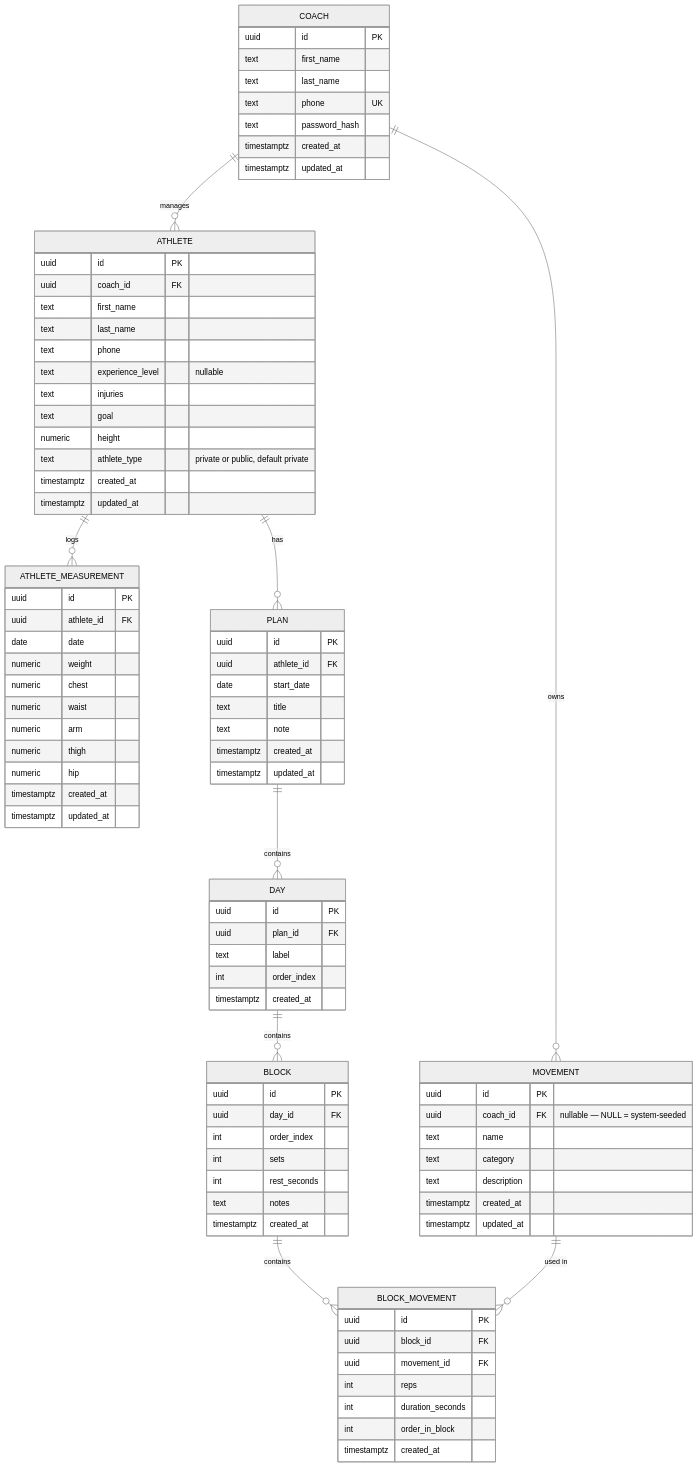
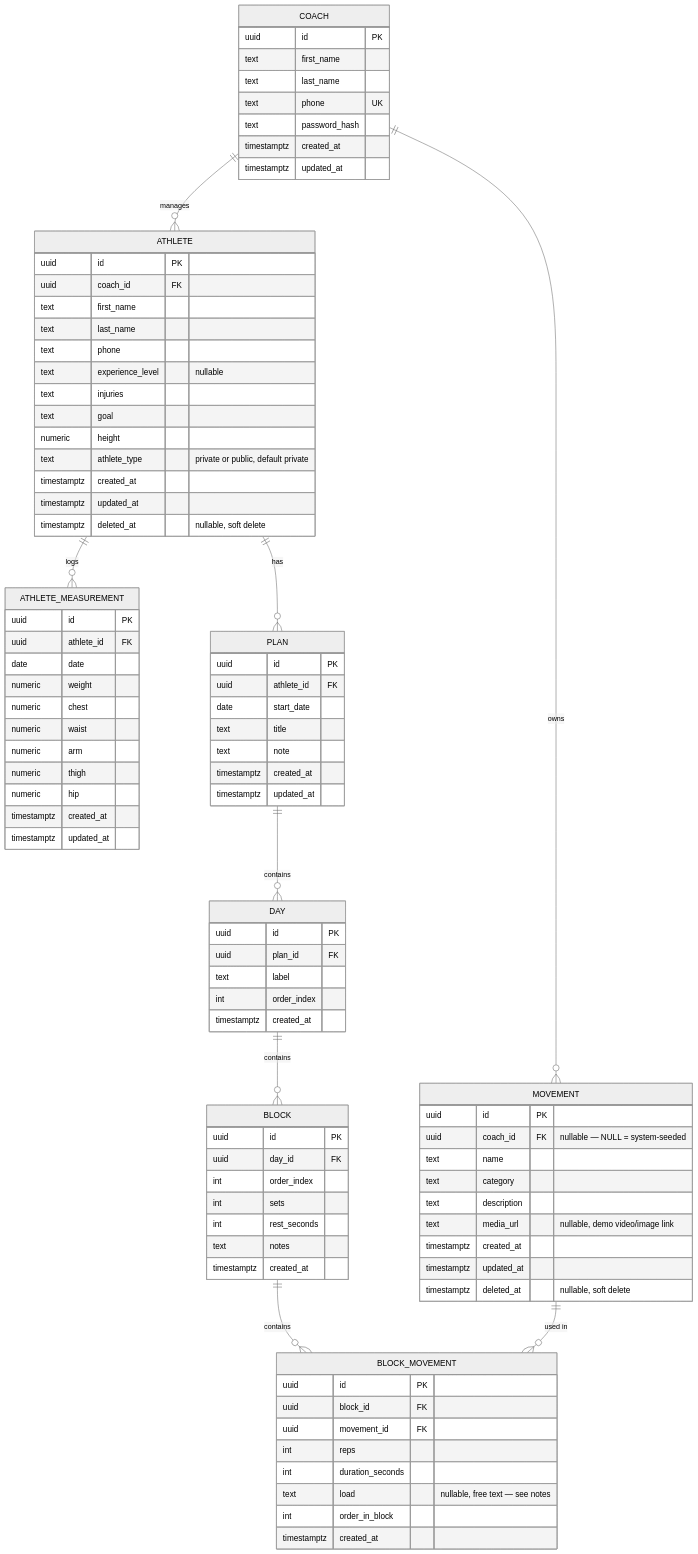
The diagram in docs/er-diagram.md (AbolfazlTayyar/GoGym), drawn with Mermaid (neutral theme) before and after one commit. The commit also changed other lines of this file and 5 other files, not shown here.

First line of the commit message:
feat: add block_movement.load, movement.media_url, and soft delete

````diff
--- a/docs/er-diagram.md
+++ b/docs/er-diagram.md
@@ -41,6 +41,7 @@
         text athlete_type "private or public, default private"
         timestamptz created_at
         timestamptz updated_at
+        timestamptz deleted_at "nullable, soft delete"
     }
 
     ATHLETE_MEASUREMENT {
@@ -91,6 +92,7 @@
         uuid movement_id FK
         int reps
         int duration_seconds
+        text load "nullable, free text — see notes"
         int order_in_block
         timestamptz created_at
     }
@@ -101,7 +103,9 @@
         text name
         text category
         text description
+        text media_url "nullable, demo video/image link"
         timestamptz created_at
         timestamptz updated_at
+        timestamptz deleted_at "nullable, soft delete"
     }
 ```
````
